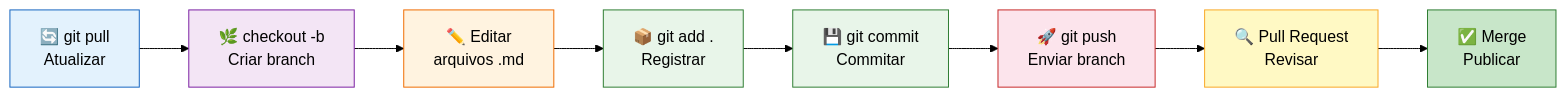
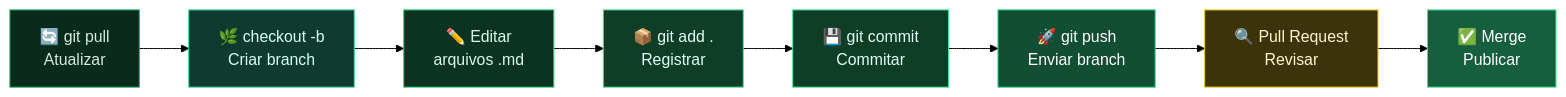
The second of 2 diagrams in docs/01-git-para-documentacao.md (AndreBanki/github_para_docs), drawn with Mermaid (forest theme) before and after one commit. The commit also changed other lines of this file and 9 other files, not shown here.

````diff
--- a/docs/01-git-para-documentacao.md
+++ b/docs/01-git-para-documentacao.md
@@ -138,14 +139,14 @@
 ```mermaid
 flowchart LR
     A["🔄 git pull\nAtualizar"] --> B["🌿 checkout -b\nCriar branch"] --> C["✏️ Editar\narquivos .md"] --> D["📦 git add .\nRegistrar"]
     D --> E["💾 git commit\nCommitar"] --> F["🚀 git push\nEnviar branch"]
     F --> G["🔍 Pull Request\nRevisar"] --> H["✅ Merge\nPublicar"]
-    style A fill:#e3f2fd,stroke:#1565c0
-    style B fill:#f3e5f5,stroke:#7b1fa2
-    style C fill:#fff3e0,stroke:#ef6c00
-    style D fill:#e8f5e9,stroke:#2e7d32
-    style E fill:#e8f5e9,stroke:#2e7d32
-    style F fill:#fce4ec,stroke:#c62828
-    style G fill:#fff9c4,stroke:#f9a825
-    style H fill:#c8e6c9,stroke:#2e7d32
+    style A fill:#0a2a1c,stroke:#1aa863,color:#d4ede0
+    style B fill:#0e3a30,stroke:#34d399,color:#dafff2
+    style C fill:#0c3322,stroke:#25CE7B,color:#dcfaea
+    style D fill:#0e3d28,stroke:#3BE592,color:#e3fff1
+    style E fill:#0e3d28,stroke:#3BE592,color:#e3fff1
+    style F fill:#114e34,stroke:#25CE7B,color:#ffffff
+    style G fill:#3a3408,stroke:#facc15,color:#fff6cf
+    style H fill:#155f3f,stroke:#3BE592,color:#ffffff
 ```
````
